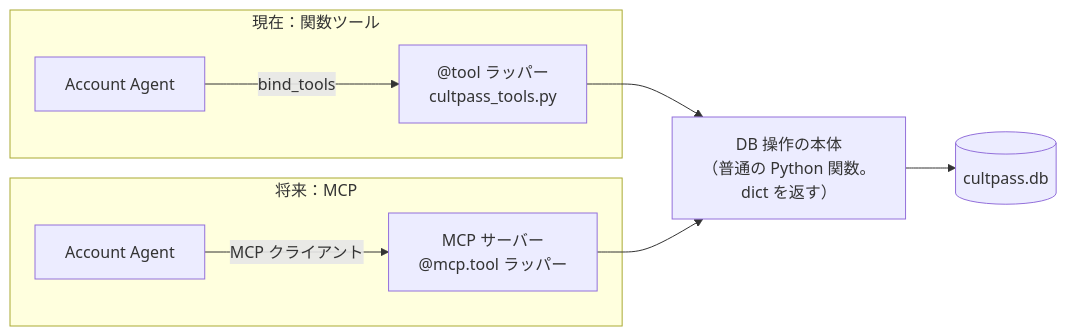
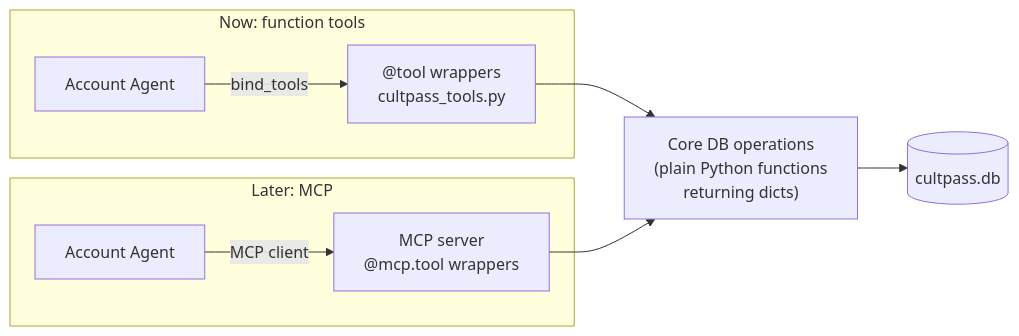
The third of 3 diagrams in solution/agentic/design/architecture.md (kayfuku/project3-uda-hub-agent), drawn with Mermaid before and after one commit. The commit also changed other lines of this file and 1 other file, not shown here.

````diff
--- a/solution/agentic/design/architecture.md
+++ b/solution/agentic/design/architecture.md
@@ -249,12 +249,12 @@
 ```mermaid
 flowchart LR
-    subgraph NOW["現在：関数ツール"]
-        A1[Account Agent] -->|bind_tools| W1["@tool ラッパー<br/>cultpass_tools.py"]
+    subgraph NOW["Now: function tools"]
+        A1[Account Agent] -->|bind_tools| W1["@tool wrappers<br/>cultpass_tools.py"]
     end
-    subgraph LATER["将来：MCP"]
-        A2[Account Agent] -->|MCP クライアント| W2["MCP サーバー<br/>@mcp.tool ラッパー"]
+    subgraph LATER["Later: MCP"]
+        A2[Account Agent] -->|MCP client| W2["MCP server<br/>@mcp.tool wrappers"]
     end
-    W1 --> CORE["DB 操作の本体<br/>（普通の Python 関数。<br/>dict を返す）"]
+    W1 --> CORE["Core DB operations<br/>(plain Python functions<br/>returning dicts)"]
     W2 --> CORE
     CORE --> DB[(cultpass.db)]
 ```
````
